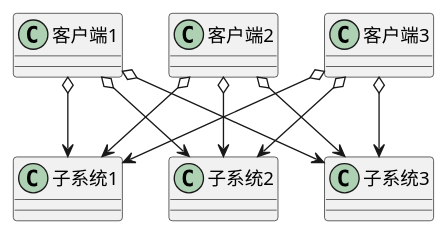
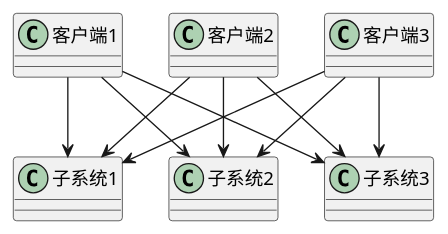
Before and after one commit to kco1989/examples: the diagram in src/main/java/com/kco/pattern/facade/外观模式1.puml, drawn with PlantUML. The commit also changed 16 other files, not shown here.

```diff
--- a/src/main/java/com/kco/pattern/facade/外观模式1.puml
+++ b/src/main/java/com/kco/pattern/facade/外观模式1.puml
@@ -1,25 +1,25 @@
 @startuml
 
 class 客户端1
 class 客户端2
 class 客户端3
 
 class 子系统1
 class 子系统2
 class 子系统3
 
 
-客户端1 o--> 子系统1
-客户端1 o--> 子系统2
-客户端1 o--> 子系统3
+客户端1 --> 子系统1
+客户端1 --> 子系统2
+客户端1 --> 子系统3
 
-客户端2 o--> 子系统1
-客户端2 o--> 子系统2
-客户端2 o--> 子系统3
+客户端2 --> 子系统1
+客户端2 --> 子系统2
+客户端2 --> 子系统3
 
-客户端3 o--> 子系统1
-客户端3 o--> 子系统2
-客户端3 o--> 子系统3
+客户端3 --> 子系统1
+客户端3 --> 子系统2
+客户端3 --> 子系统3
 
 
 @enduml
```
